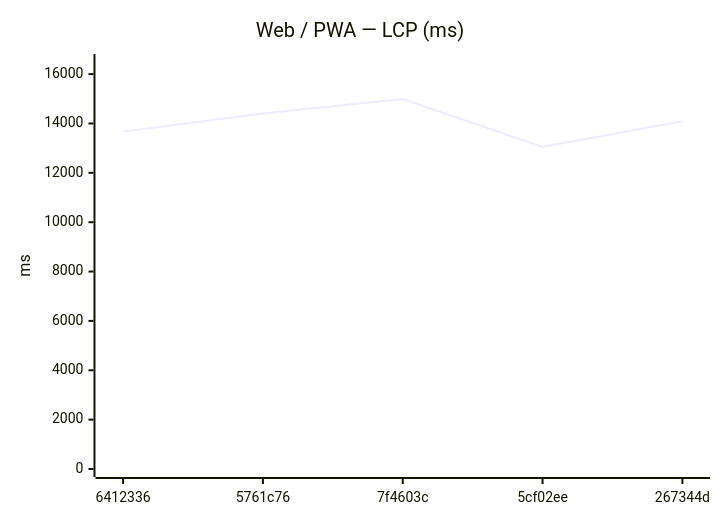
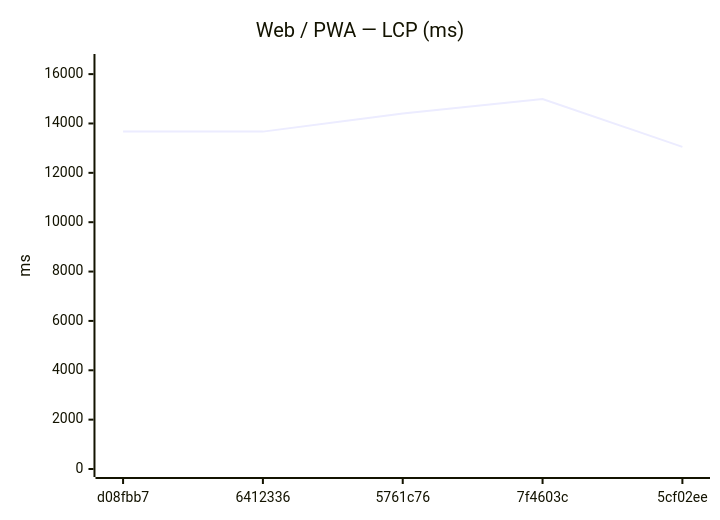
Before and after one commit to Metaheurist/Rianell: the seventh of 18 diagrams in benchmarks/compare.md, drawn with Mermaid. The commit also changed other lines of this file and 11 other files, not shown here.

````diff
--- a/benchmarks/compare.md
+++ b/benchmarks/compare.md
@@ -117,7 +117,7 @@
 ```mermaid
 xychart-beta
     title "Web / PWA — LCP (ms)"
-    x-axis ["6412336", "5761c76", "7f4603c", "5cf02ee", "267344d"]
+    x-axis ["d08fbb7", "6412336", "5761c76", "7f4603c", "5cf02ee"]
     y-axis "ms" 0 --> 16491
-    line [13670, 14406, 14991, 13053, 14092]
+    line [13678, 13670, 14406, 14991, 13053]
 ```
````
